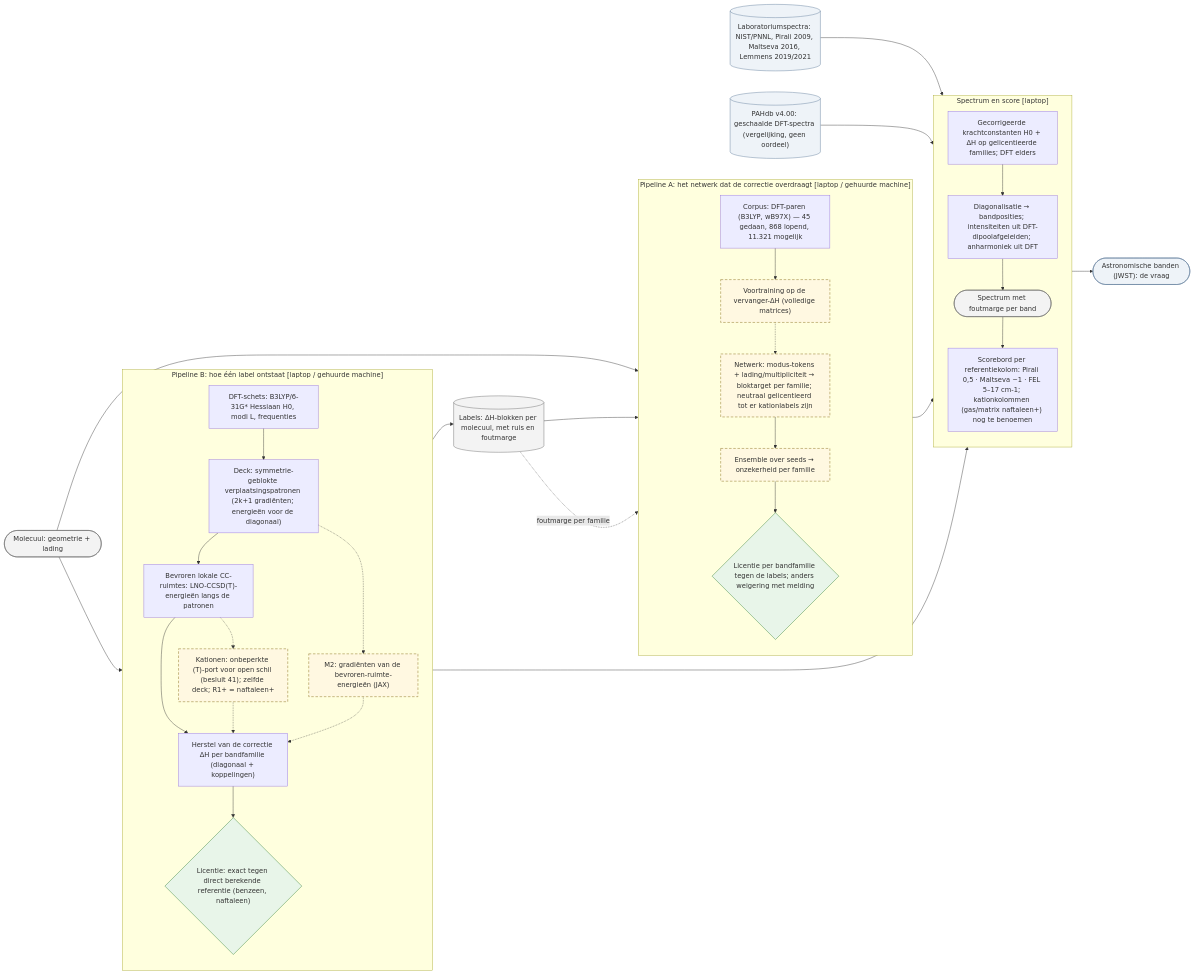
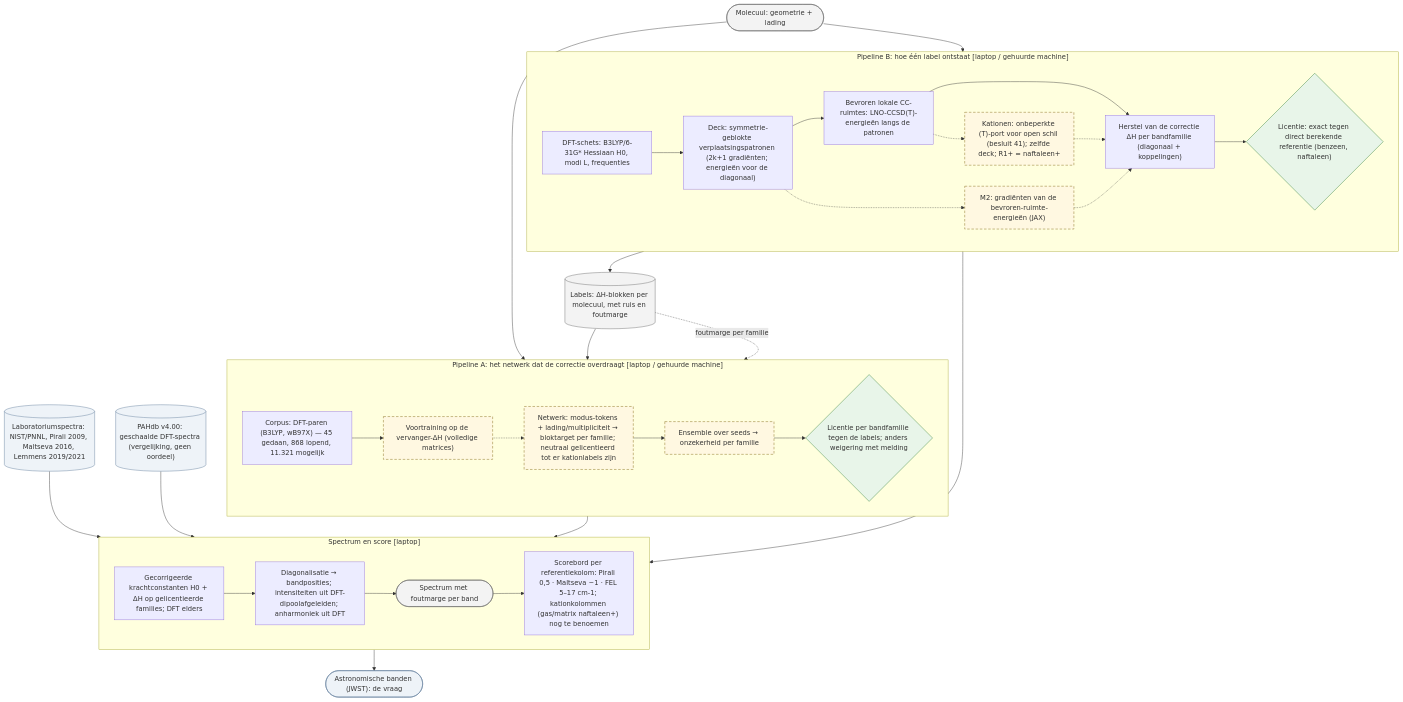
One commit to thebreadishard/udacity-capstone-plan changed the diagram in plans/05_delta-probed-ir-pipeline/GoalGathering/architecture/00_overzicht.mmd. Above: the diagram before and after it, drawn with Mermaid. The commit also changed 1 other file, not shown here.

Commit message:
Plan 05 architecture overview: the three pipelines stacked top to bottom (flowchart TB, boxes left to right inside each) so it fits one screen width

```diff
--- a/plans/05_delta-probed-ir-pipeline/GoalGathering/architecture/00_overzicht.mmd
+++ b/plans/05_delta-probed-ir-pipeline/GoalGathering/architecture/00_overzicht.mmd
@@ -1,59 +1,59 @@
 %% Architectuur plan 05 — overzicht (niveau 2), stand 19 september 2026.
 %% Doorgetrokken = gemeten/bestaat; gestippeld = te bouwen. Stromen zijn data. Rekenplaats tussen haken.
-flowchart LR
+flowchart TB
   classDef planned stroke-dasharray: 6 4,stroke:#7a5c00,fill:#fff8e1
   classDef ext fill:#eef3f8,stroke:#5b7a99
   classDef data fill:#f3f3f3,stroke:#666
   classDef gate fill:#e8f5e9,stroke:#2e7d32
 
   MOL(["Molecuul: geometrie + lading"]):::data
 
   subgraph B["Pipeline B: hoe één label ontstaat  [laptop / gehuurde machine]"]
-    direction TB
+    direction LR
     DFT["DFT-schets: B3LYP/6-31G* Hessiaan H0, modi L, frequenties"]
     DECK["Deck: symmetrie-geblokte verplaatsingspatronen (2k+1 gradiënten; energieën voor de diagonaal)"]
     LNO["Bevroren lokale CC-ruimtes: LNO-CCSD(T)-energieën langs de patronen"]
     GRAD["M2: gradiënten van de bevroren-ruimte-energieën (JAX)"]:::planned
     CAT["Kationen: onbeperkte (T)-port voor open schil (besluit 41); zelfde deck; R1+ = naftaleen+"]:::planned
     REC["Herstel van de correctie ΔH per bandfamilie (diagonaal + koppelingen)"]
     LIC1{"Licentie: exact tegen direct berekende referentie (benzeen, naftaleen)"}:::gate
     DFT --> DECK --> LNO --> REC
     DECK -.-> GRAD -.-> REC
     LNO -.-> CAT -.-> REC
     REC --> LIC1
   end
 
   LABELS[("Labels: ΔH-blokken per molecuul, met ruis en foutmarge")]:::data
 
   subgraph A["Pipeline A: het netwerk dat de correctie overdraagt  [laptop / gehuurde machine]"]
-    direction TB
+    direction LR
     CORP["Corpus: DFT-paren (B3LYP, wB97X) — 45 gedaan, 868 lopend, 11.321 mogelijk"]
     PRE["Voortraining op de vervanger-ΔH (volledige matrices)"]:::planned
     NET["Netwerk: modus-tokens + lading/multipliciteit → bloktarget per familie; neutraal gelicentieerd tot er kationlabels zijn"]:::planned
     ENS["Ensemble over seeds → onzekerheid per familie"]:::planned
     LIC2{"Licentie per bandfamilie tegen de labels; anders weigering met melding"}:::gate
     CORP --> PRE -.-> NET --> ENS --> LIC2
   end
 
   subgraph S["Spectrum en score  [laptop]"]
-    direction TB
+    direction LR
     CORR["Gecorrigeerde krachtconstanten H0 + ΔH op gelicentieerde families; DFT elders"]
     DIAG["Diagonalisatie → bandposities; intensiteiten uit DFT-dipoolafgeleiden; anharmoniek uit DFT"]
     SPEC(["Spectrum met foutmarge per band"]):::data
     SCORE["Scorebord per referentiekolom: Pirali 0,5 · Maltseva ~1 · FEL 5–17 cm-1; kationkolommen (gas/matrix naftaleen+) nog te benoemen"]
     CORR --> DIAG --> SPEC --> SCORE
   end
 
   LAB[("Laboratoriumspectra: NIST/PNNL, Pirali 2009, Maltseva 2016, Lemmens 2019/2021")]:::ext
   PAHDB[("PAHdb v4.00: geschaalde DFT-spectra (vergelijking, geen oordeel)")]:::ext
   JWST(["Astronomische banden (JWST): de vraag"]):::ext
 
   MOL --> DFT
   MOL --> CORP
   LIC1 --> LABELS --> NET
   LABELS -. "foutmarge per familie" .-> LIC2
   LIC2 --> CORR
   DFT --> CORR
   LAB --> SCORE
   PAHDB --> SCORE
   SCORE --> JWST
```
